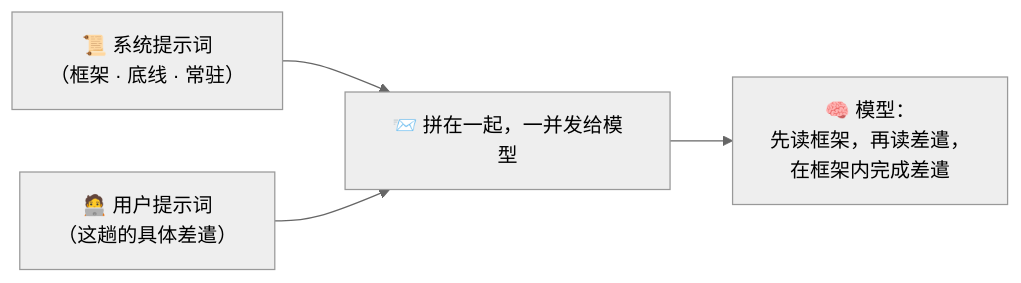
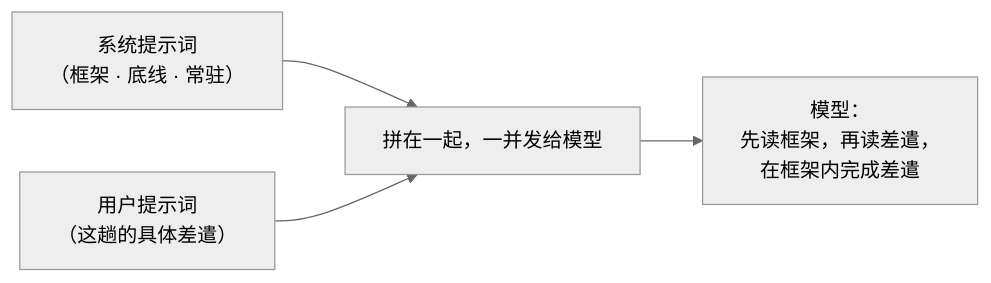
The third of 6 diagrams in docs/02_CONCEPTS_概念入门/CONCEPT/[CONCEPT-18] 什么是系统提示词-SystemPrompt.md (luckykhy/KhyAiHub), drawn with Mermaid (neutral theme) before and after one commit. The commit also changed other lines of this file and 19 other files, not shown here.

````diff
--- a/docs/02_CONCEPTS_概念入门/CONCEPT/[CONCEPT-18] 什么是系统提示词-SystemPrompt.md
+++ b/docs/02_CONCEPTS_概念入门/CONCEPT/[CONCEPT-18] 什么是系统提示词-SystemPrompt.md
@@ -103,6 +103,6 @@
 ```mermaid
 flowchart LR
-  SYS["📜 系统提示词<br/>（框架 · 底线 · 常驻）"] --> BOX
-  USR["🧑‍💻 用户提示词<br/>（这趟的具体差遣）"] --> BOX
-  BOX["📨 拼在一起，一并发给模型"] --> M["🧠 模型：<br/>先读框架，再读差遣，<br/>在框架内完成差遣"]
+  SYS["系统提示词<br/>（框架 · 底线 · 常驻）"] --> BOX
+  USR["用户提示词<br/>（这趟的具体差遣）"] --> BOX
+  BOX["拼在一起，一并发给模型"] --> M["模型：<br/>先读框架，再读差遣，<br/>在框架内完成差遣"]
 ```
````
